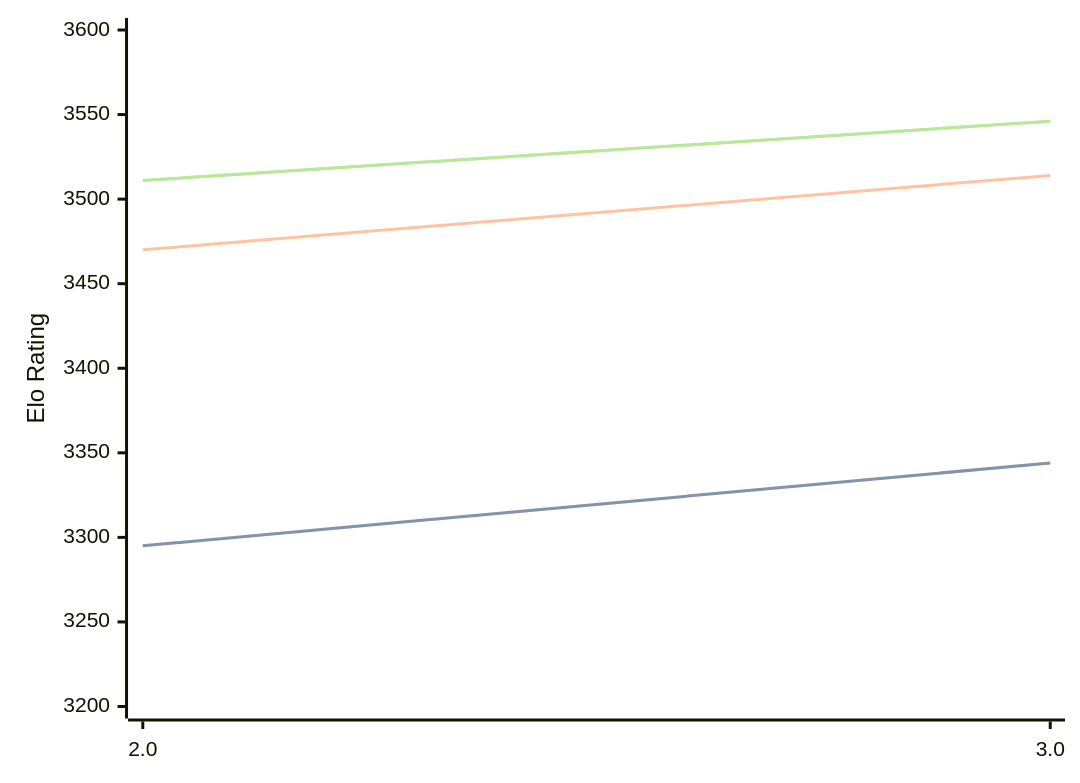
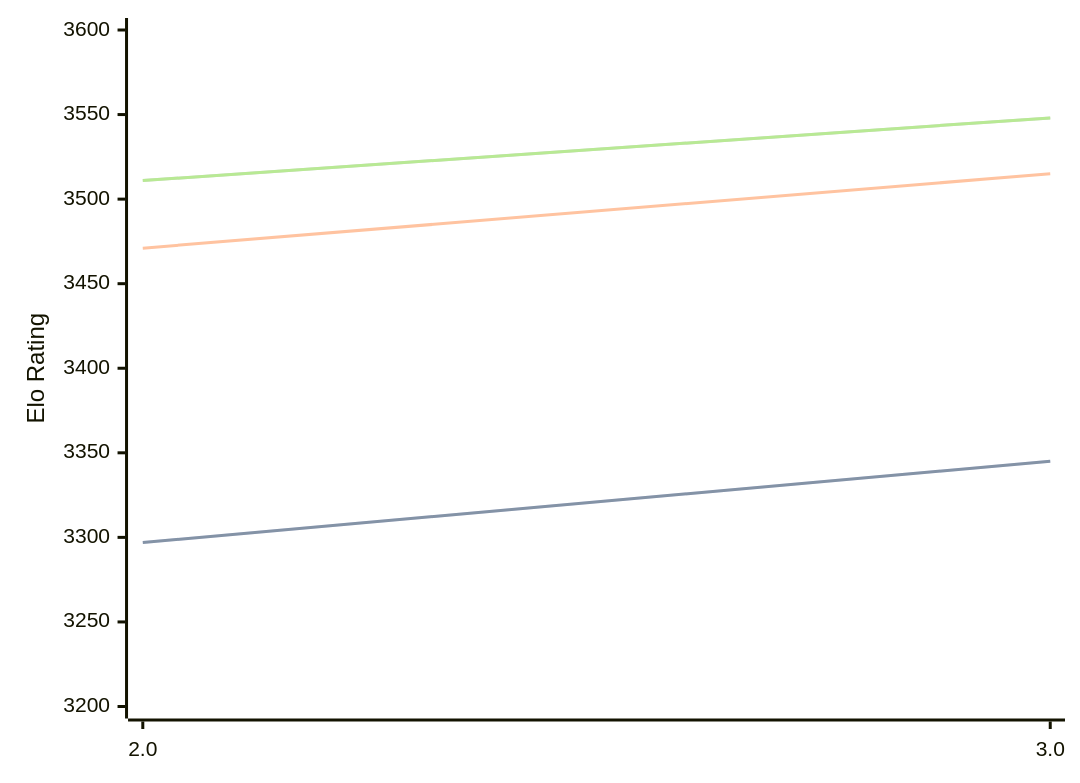
One commit to computer-chess-index/cci changed the diagram in engines/Quanticade.md. Above: the diagram before and after it, drawn with Mermaid. The commit also changed other lines of this file, not shown here.

Commit message:
Update CCI Ratings (ELO VLTC) - 2026-08-26

````diff
--- a/engines/Quanticade.md
+++ b/engines/Quanticade.md
@@ -32,11 +32,11 @@
 ```mermaid
 %%{init: {"theme":"base","themeVariables":{"seriesColors:['#a3a3a3','#222221','#faa371']}}}%%
 xychart-beta
   x-axis ["2.0", "3.0"]
   y-axis "Elo Rating" 3200 --> 3600
-  line "STC (8.0+0.08s)" [3295, 3344]
-  line "STC (8.0+0.08s)" [3295, 3344]
-  line "LTC (60.0+0.60s)" [3470, 3514]
-  line "VLTC (2m24s+1.12s)" [3511, 3546]
-  line "VLTC (2m24s+1.12s)" [3511, 3546]
+  line "STC (8.0+0.08s)" [3297, 3345]
+  line "STC (8.0+0.08s)" [3297, 3345]
+  line "LTC (60.0+0.60s)" [3471, 3515]
+  line "VLTC (2m24s+1.12s)" [3511, 3548]
+  line "VLTC (2m24s+1.12s)" [3511, 3548]
 ```
````
